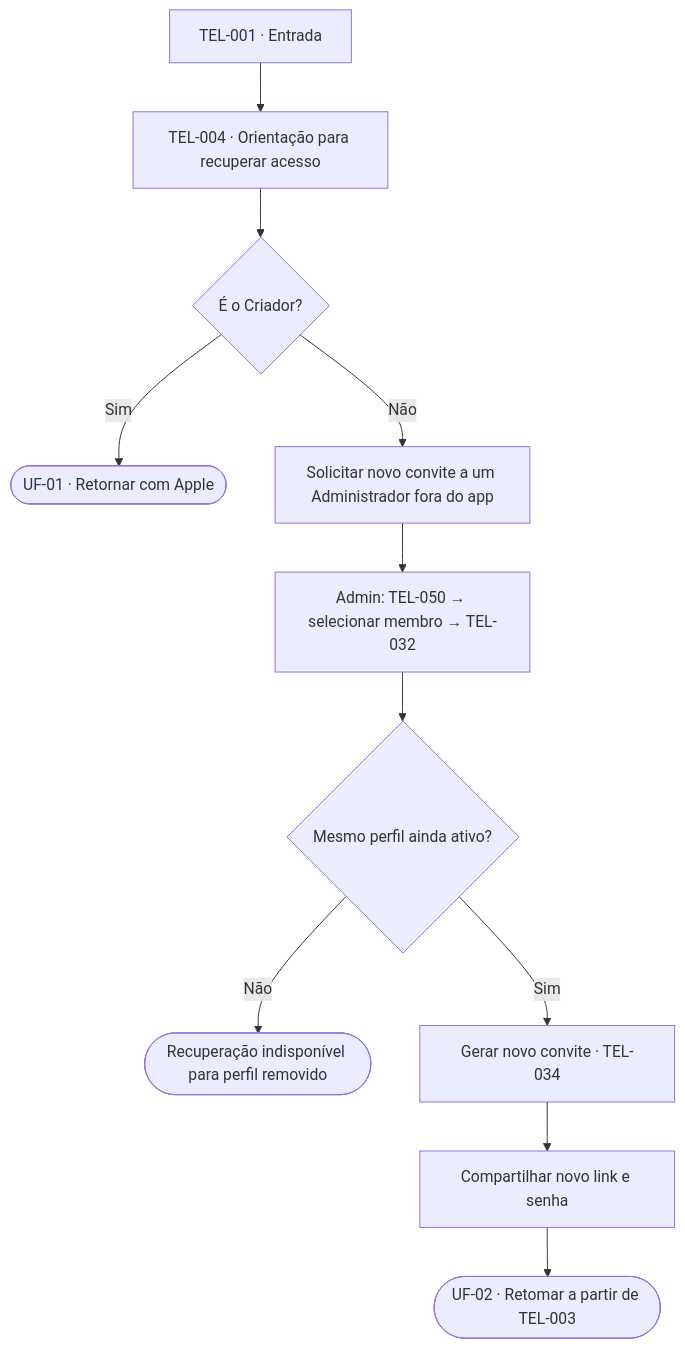
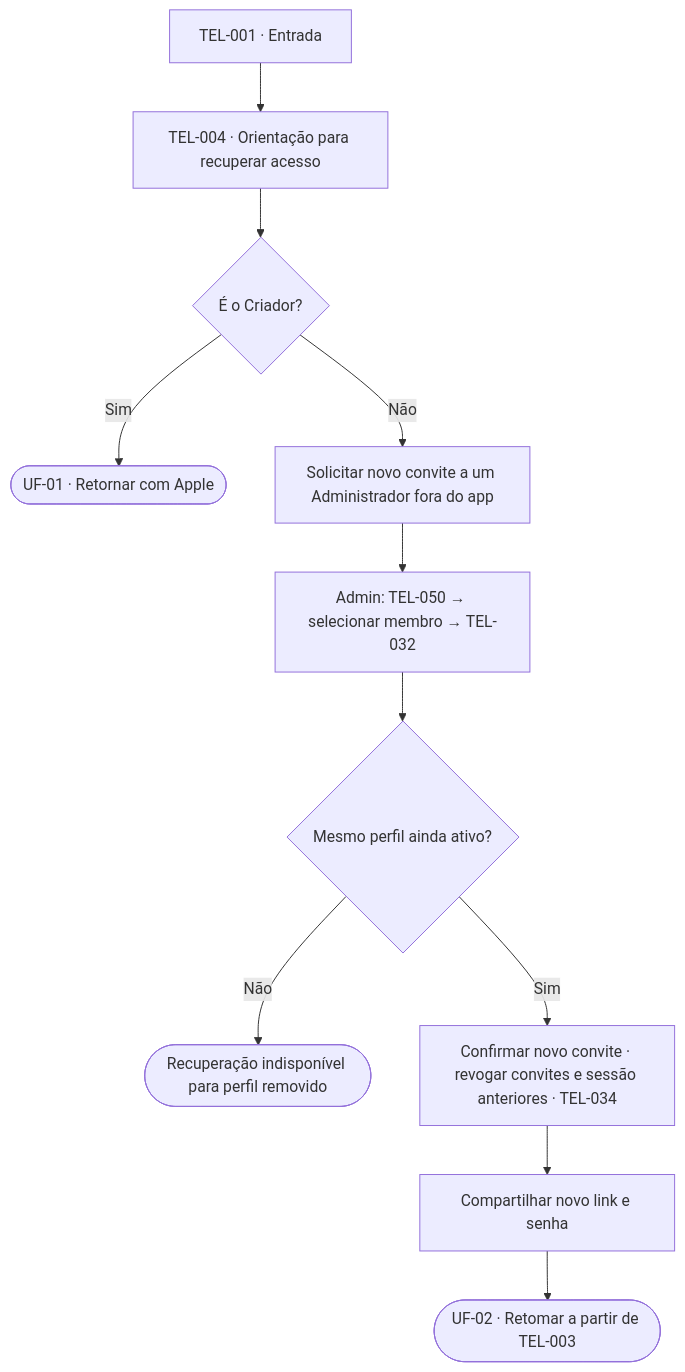
One commit to lizandramalta/App-Rotina-Familiar changed the third of 16 diagrams in docs/design/user-flows.md. Above: the diagram before and after it, drawn with Mermaid. The commit also changed other lines of this file and 25 other files, not shown here.

````diff
--- a/docs/design/user-flows.md
+++ b/docs/design/user-flows.md
@@ -131,13 +138,13 @@
 ```mermaid
 flowchart TD
     A["TEL-001 · Entrada"] --> B["TEL-004 · Orientação para recuperar acesso"]
     B --> C{"É o Criador?"}
     C -->|Sim| D(["UF-01 · Retornar com Apple"])
     C -->|Não| E["Solicitar novo convite a um Administrador fora do app"]
     E --> F["Admin: TEL-050 → selecionar membro → TEL-032"]
     F --> G{"Mesmo perfil ainda ativo?"}
     G -->|Não| H(["Recuperação indisponível para perfil removido"])
-    G -->|Sim| I["Gerar novo convite · TEL-034"]
+    G -->|Sim| I["Confirmar novo convite · revogar convites e sessão anteriores · TEL-034"]
     I --> J["Compartilhar novo link e senha"]
     J --> K(["UF-02 · Retomar a partir de TEL-003"])
 ```
````
